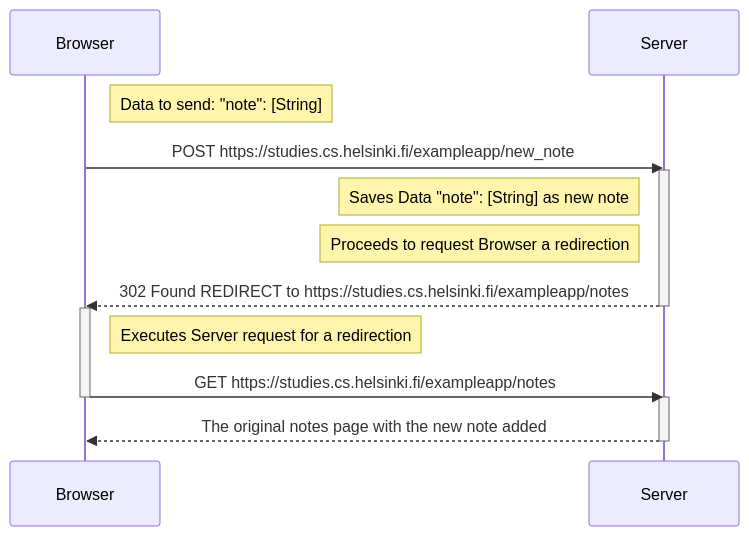
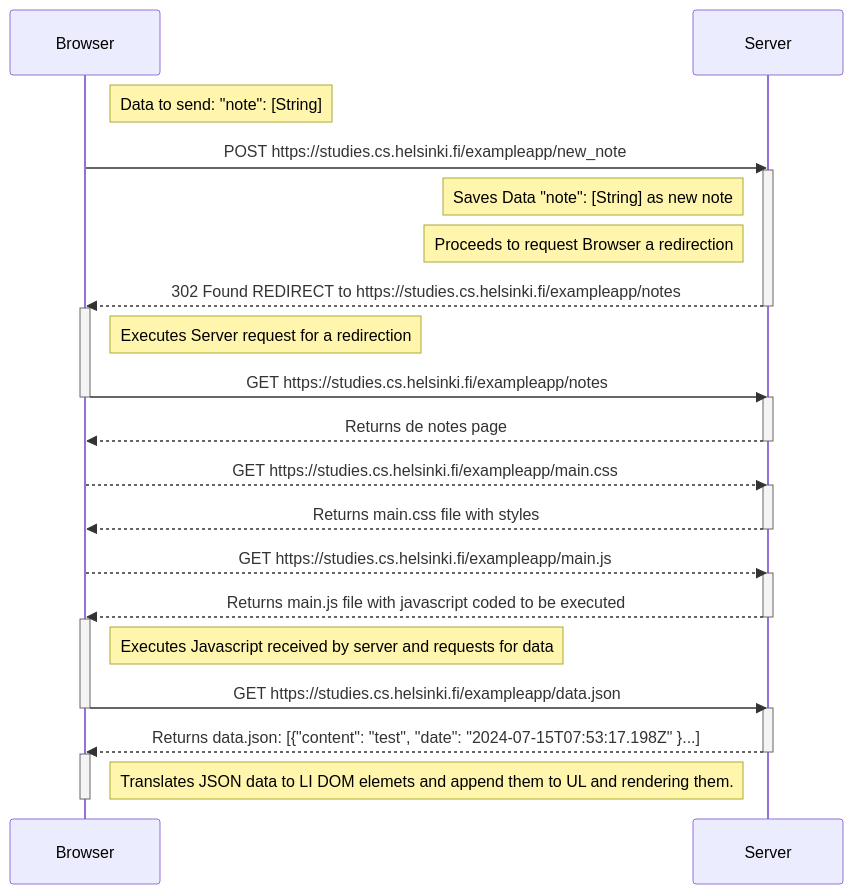
Before and after one commit to ivanuria/fullstack-part-0: the diagram in 0.4/readme.md, drawn with Mermaid.

Commit message:
Expanded process description

````diff
--- a/0.4/readme.md
+++ b/0.4/readme.md
@@ -4,27 +4,51 @@
 ```mermaid
 sequenceDiagram
     participant Browser
     participant Server
 
     Note right of Browser: Data to send: "note": [String]
 
     Browser->>Server: POST https://studies.cs.helsinki.fi/exampleapp/new_note
   
     
     activate Server
     Note left of Server: Saves Data "note": [String] as new note
     Note left of Server: Proceeds to request Browser a redirection 
     Server-->>Browser: 302 Found REDIRECT to https://studies.cs.helsinki.fi/exampleapp/notes
     deactivate Server
 
-    activate Browser
-       
-    Note right of Browser: Executes Server request for a redirection  
-    
+    activate Browser       
+    Note right of Browser: Executes Server request for a redirection    
     Browser->>Server: GET https://studies.cs.helsinki.fi/exampleapp/notes
     deactivate Browser
 
     activate Server
-    Server-->>Browser: The original notes page with the new note added
+    Server-->>Browser: Returns de notes page
     deactivate Server
+
+    Browser-->>Server: GET https://studies.cs.helsinki.fi/exampleapp/main.css
+
+    activate Server
+    Server-->>Browser: Returns main.css file with styles
+    deactivate Server
+
+    Browser-->>Server: GET https://studies.cs.helsinki.fi/exampleapp/main.js
+
+    activate Server
+    Server-->>Browser: Returns main.js file with javascript coded to be executed
+    deactivate Server
+
+    activate Browser       
+    Note right of Browser: Executes Javascript received by server and requests for data    
+    Browser->>Server: GET https://studies.cs.helsinki.fi/exampleapp/data.json
+    deactivate Browser
+
+    activate Server
+    Server-->>Browser: Returns data.json: [{"content": "test", "date": "2024-07-15T07:53:17.198Z" }...]
+    deactivate Server
+
+    activate Browser       
+    Note right of Browser: Translates JSON data to LI DOM elemets and append them to UL and rendering them.
+    deactivate Browser
+
 ```
````
